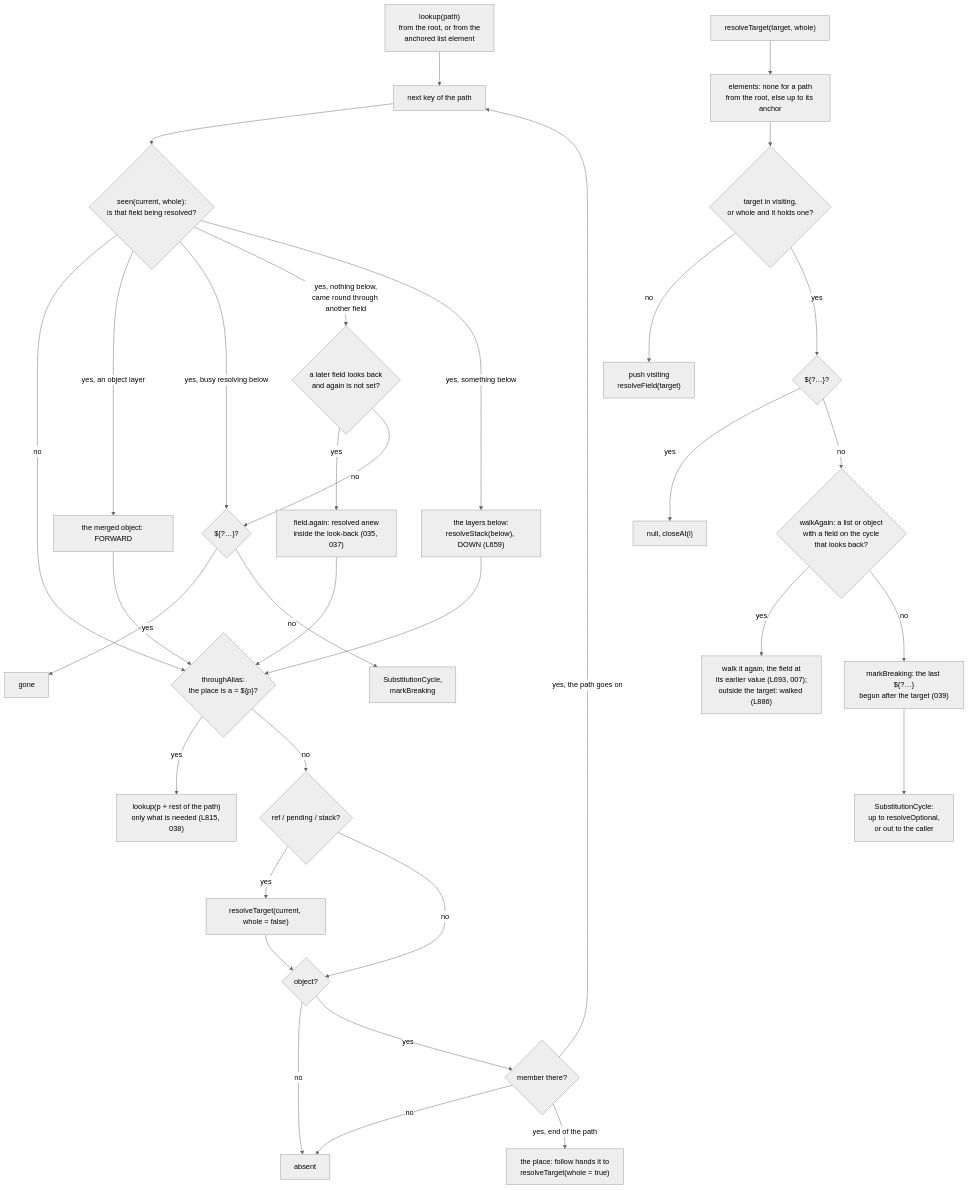
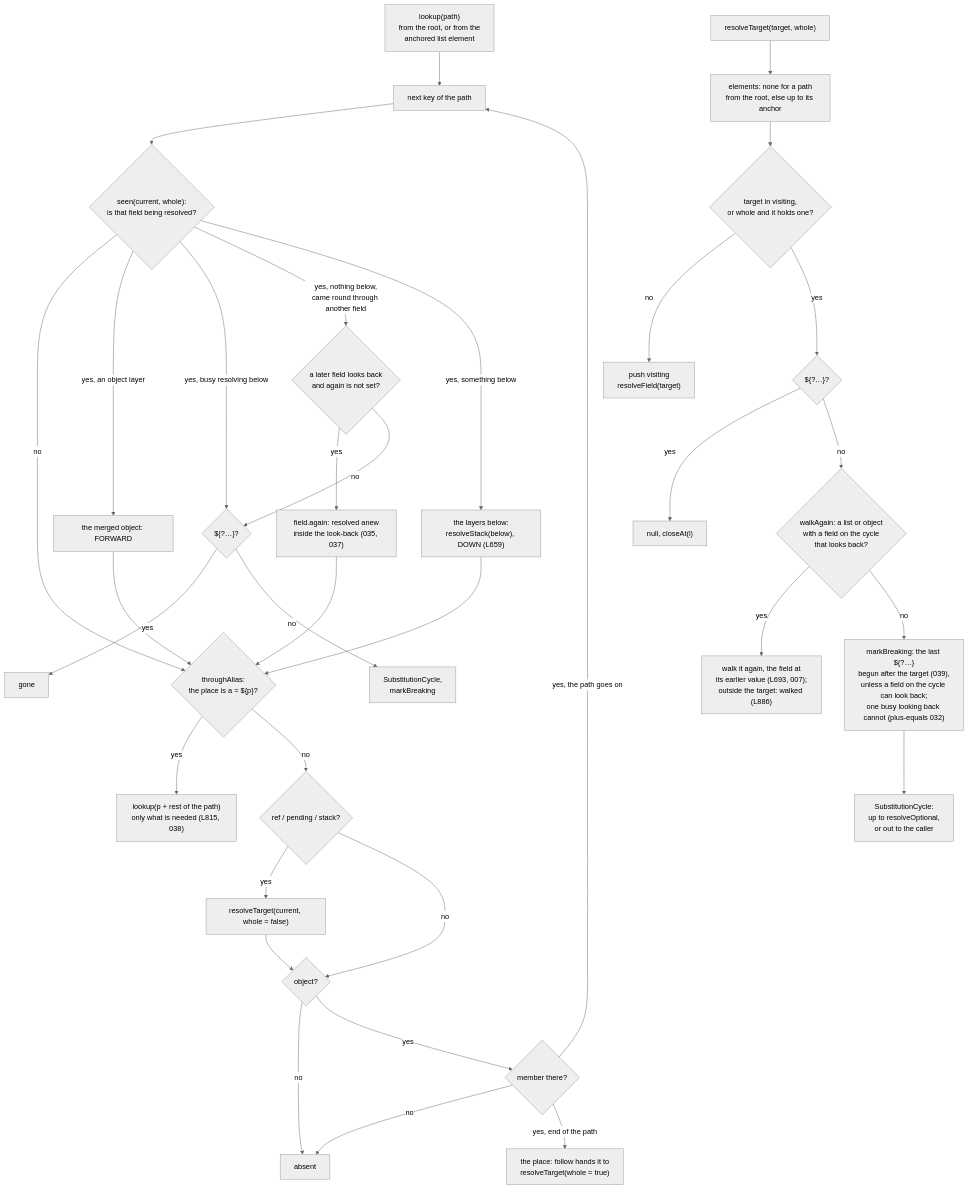
One commit to lejmr/zig-hocon changed the fifth of 5 diagrams in docs/resolver.md. Above: the diagram before and after it, drawn with Mermaid (neutral theme). The commit also changed 5 other files, not shown here.

First line of the commit message:
fix(resolve): an optional breaks a cycle that runs through a field's look-back

````diff
--- a/docs/resolver.md
+++ b/docs/resolver.md
@@ -129,38 +129,38 @@
 ```mermaid
 flowchart TD
   LK["lookup(path)<br/>from the root, or from the<br/>anchored list element"] --> STEP["next key of the path"]
   STEP --> SEEN{"seen(current, whole):<br/>is that field being resolved?"}
   SEEN -->|no| TA
   SEEN -->|"yes, an object layer"| OBJ["the merged object: FORWARD"]
   OBJ --> TA
   SEEN -->|"yes, busy resolving below"| CQ
   SEEN -->|"yes, nothing below,<br/>came round through another field"| AQ{"a later field looks back<br/>and again is not set?"}
   AQ -->|yes| AGN["field.again: resolved anew<br/>inside the look-back (035, 037)"]
   AQ -->|no| CQ
   SEEN -->|"yes, something below"| BEL["the layers below:<br/>resolveStack(below), DOWN (L659)"]
   BEL --> TA
   AGN --> TA
   TA{"throughAlias:<br/>the place is a = ${p}?"}
   TA -->|yes| TA2["lookup(p + rest of the path)<br/>only what is needed (L815, 038)"]
   TA -->|no| RQ{"ref / pending / stack?"}
   RQ -->|yes| RT["resolveTarget(current, whole = false)"]
   RQ -->|no| OBQ
   RT --> OBQ{"object?"}
   OBQ -->|no| ABS["absent"]
   OBQ -->|yes| MEM{"member there?"}
   MEM -->|no| ABS
   MEM -->|"yes, the path goes on"| STEP
   MEM -->|"yes, end of the path"| PLACE["the place: follow hands it to<br/>resolveTarget(whole = true)"]
   CQ{"${?…}?"} -->|yes| GONE["gone"]
   CQ -->|no| SC["SubstitutionCycle,<br/>markBreaking"]
 
   RT0["resolveTarget(target, whole)"] --> ELQ["elements: none for a path<br/>from the root, else up to its anchor"]
   ELQ --> VQ{"target in visiting,<br/>or whole and it holds one?"}
   VQ -->|no| PUSH["push visiting<br/>resolveField(target)"]
   VQ -->|yes| OQ2{"${?…}?"}
   OQ2 -->|yes| GONE2["null, closeAt(i)"]
   OQ2 -->|no| WAQ{"walkAgain: a list or object<br/>with a field on the cycle<br/>that looks back?"}
   WAQ -->|yes| WALK["walk it again, the field at<br/>its earlier value (L693, 007);<br/>outside the target: walked (L886)"]
-  WAQ -->|no| BRK["markBreaking: the last ${?…}<br/>begun after the target (039)"]
+  WAQ -->|no| BRK["markBreaking: the last ${?…}<br/>begun after the target (039),<br/>unless a field on the cycle can look back;<br/>one busy looking back cannot (plus-equals 032)"]
   BRK --> SC2["SubstitutionCycle:<br/>up to resolveOptional,<br/>or out to the caller"]
 ```
````
